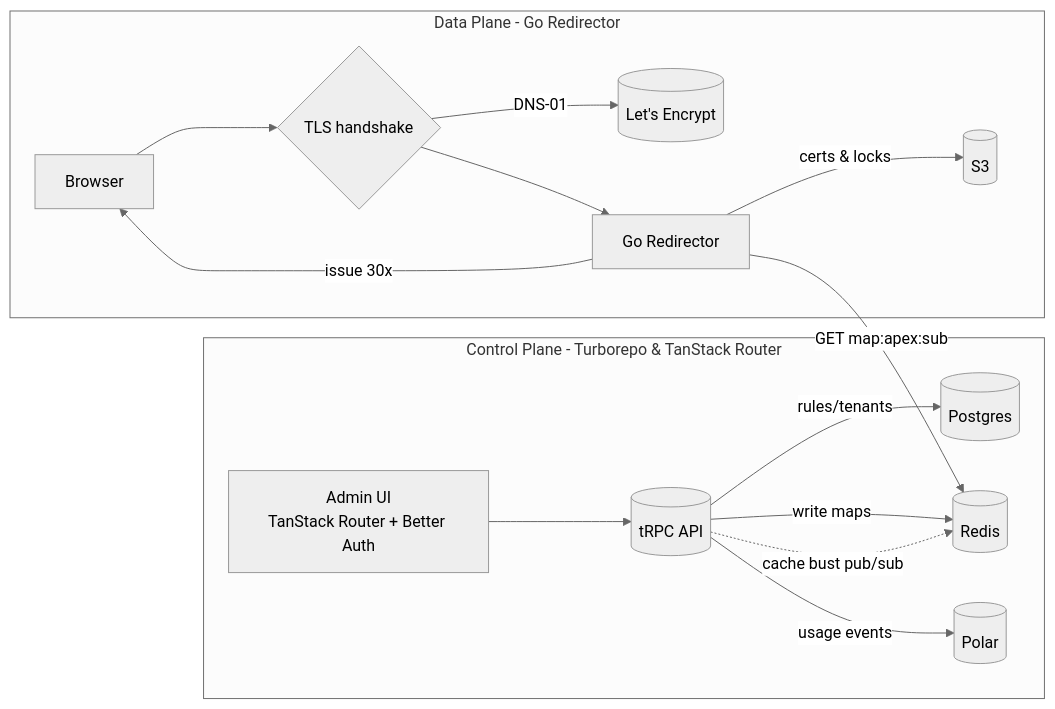
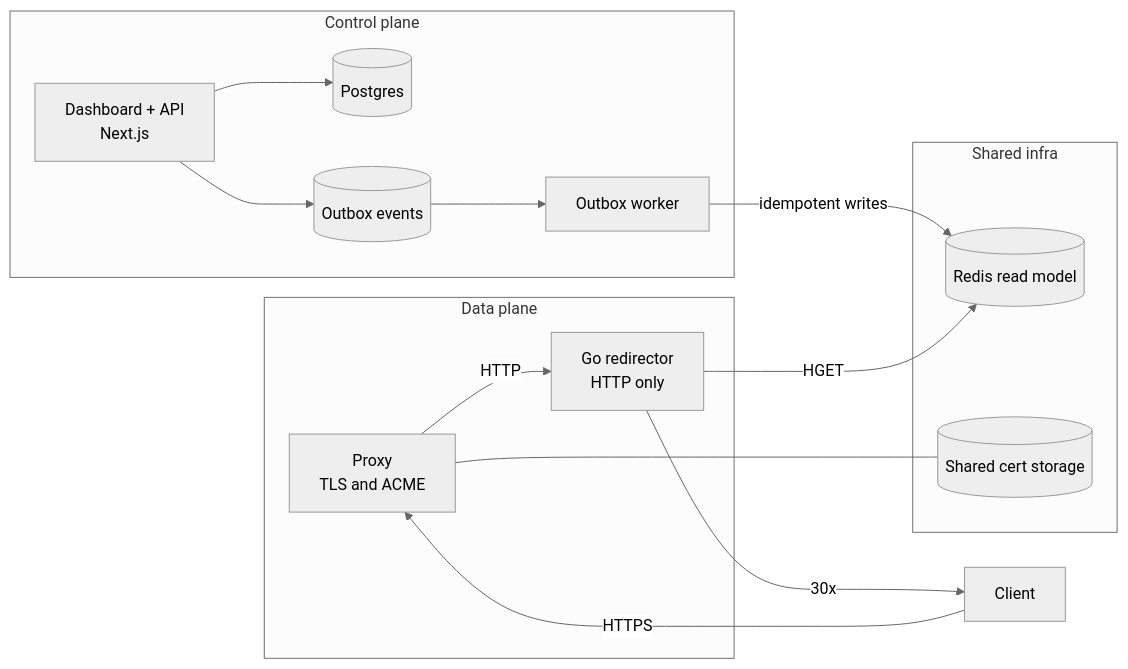
The first of 2 diagrams in README.md (LeonardoTrapani/rediredge), drawn with Mermaid (neutral theme) before and after one commit. The commit also changed other lines of this file and 5 other files, not shown here.

Commit message:
new schema and readme

````diff
--- a/README.md
+++ b/README.md
@@ -185,20 +36,32 @@
 ```mermaid
 flowchart LR
-  subgraph CP [Control Plane - Turborepo & TanStack Router]
-    UI[Admin UI<br/>TanStack Router + Better Auth] --> API[(tRPC API)]
-    API -->|rules/tenants| PG[(Postgres)]
-    API -->|write maps| R[(Redis)]
-    API -->|usage events| POLAR[(Polar)]
+  %% Shared infra (defined first so other sections can reference)
+  subgraph SH[Shared infra]
+    R[(Redis read model)]
+    CS[(Shared cert storage)]
   end
 
-  subgraph DP [Data Plane - Go Redirector]
-    C[Browser] --> SNI{TLS handshake}
-    SNI -->|DNS-01| ACME[(Let's Encrypt)]
-    SNI --> G[Go Redirector]
-    G -->|GET map:apex:sub| R
-    G -->|issue 30x| C
-    G -->|certs & locks| S3[(S3)]
+  %% Control plane
+  subgraph CP[Control plane]
+    UI[Dashboard + API\nNext.js]
+    PG[(Postgres)]
+    OBQ[(Outbox events)]
+    W[Outbox worker]
+    UI --> PG
+    UI --> OBQ
+    OBQ --> W
+    W -->|idempotent writes| R
   end
 
-  API -.->|cache bust pub/sub| R
+  %% Data plane
+  subgraph DP[Data plane]
+    PXY[Proxy\nTLS and ACME]
+    EDGE[Go redirector\nHTTP only]
+    PXY -->|HTTP| EDGE
+    EDGE -->|HGET| R
+  end
+
+  C[Client] -->|HTTPS| PXY
+  EDGE -->|30x| C
+  PXY --- CS
 ```
````
